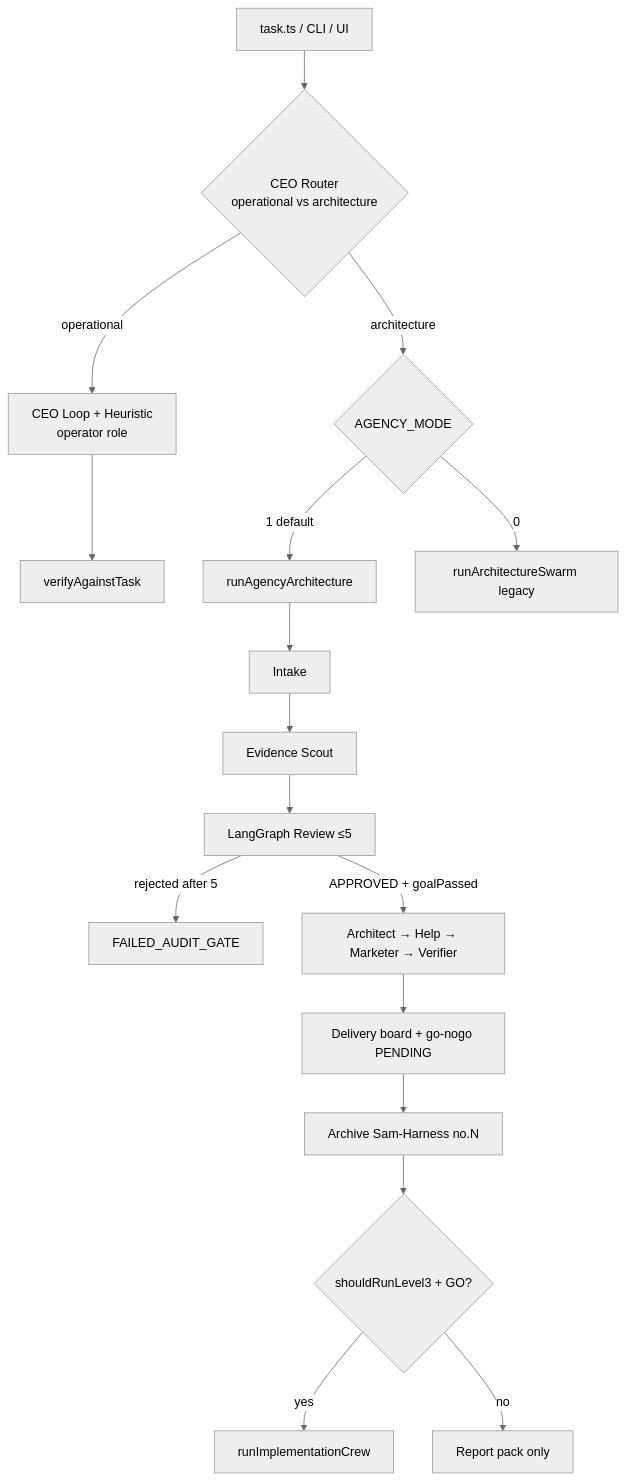
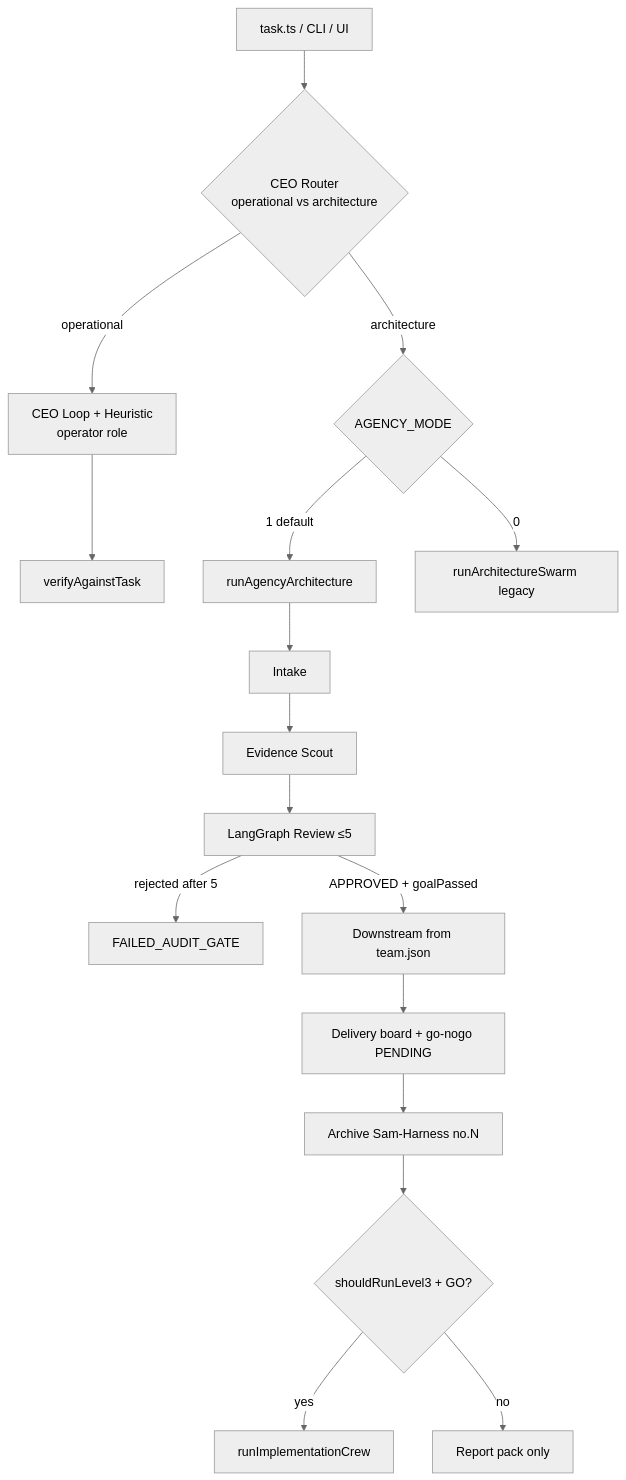
The first of 5 diagrams in docs/help/en/workflow.md (HFakhry81/Sam-Harness), drawn with Mermaid (neutral theme) before and after one commit. The commit also changed other lines of this file and 20 other files, not shown here.

````diff
--- a/docs/help/en/workflow.md
+++ b/docs/help/en/workflow.md
@@ -29,19 +29,19 @@
 ```mermaid
 flowchart TD
   TASK[task.ts / CLI / UI] --> RTR{CEO Router<br/>operational vs architecture}
   RTR -->|operational| L1[CEO Loop + Heuristic<br/>operator role]
   L1 --> VER[verifyAgainstTask]
   RTR -->|architecture| AMODE{AGENCY_MODE}
   AMODE -->|1 default| AG[runAgencyArchitecture]
   AMODE -->|0| L2[runArchitectureSwarm legacy]
   AG --> IN[Intake]
   IN --> EV[Evidence Scout]
   EV --> RG[LangGraph Review ≤5]
   RG -->|rejected after 5| FAIL[FAILED_AUDIT_GATE]
-  RG -->|APPROVED + goalPassed| DOWN[Architect → Help → Marketer → Verifier]
+  RG -->|APPROVED + goalPassed| DOWN[Downstream from team.json]
   DOWN --> DEL[Delivery board + go-nogo PENDING]
   DEL --> PACK[Archive Sam-Harness no.N]
   PACK --> L3Q{shouldRunLevel3 + GO?}
   L3Q -->|yes| L3[runImplementationCrew]
   L3Q -->|no| STOP[Report pack only]
 ```
````
